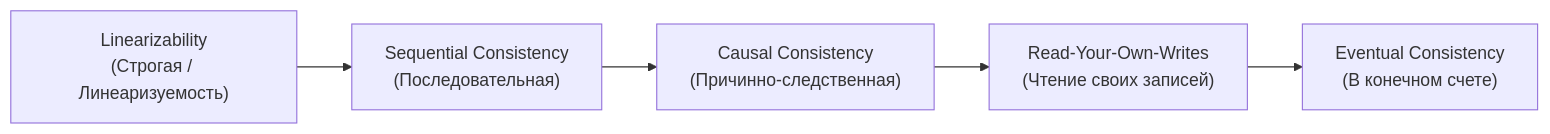
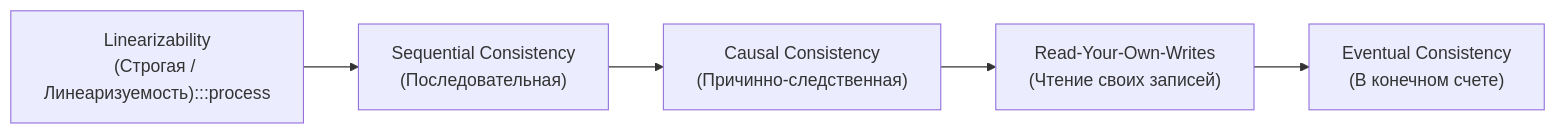
Before and after one commit to UnrealTemplier/go-textbook: the third of 3 diagrams in sources/14. Распределенные системы на Go/01. Основы/6. Consistency vs availability.md, drawn with Mermaid. The commit also changed other lines of this file and 1666 other files, not shown here.

First line of the commit message:
feat(mermaid): add semantic color classDef to 1369 colorless flowchart/graph diagrams

````diff
--- a/sources/14. Распределенные системы на Go/01. Основы/6. Consistency vs availability.md
+++ b/sources/14. Распределенные системы на Go/01. Основы/6. Consistency vs availability.md
@@ -168,7 +178,17 @@
 ```mermaid
 flowchart LR
-    L1["Linearizability<br>(Строгая / Линеаризуемость)"] --> L2["Sequential Consistency<br>(Последовательная)"]
+    classDef process  fill:#1e293b,stroke:#38bdf8,stroke-width:1px,color:#f8fafc
+    classDef success  fill:#064e3b,stroke:#34d399,stroke-width:1px,color:#f8fafc
+    classDef error    fill:#7f1d1d,stroke:#f87171,stroke-width:1px,color:#f8fafc
+    classDef warning  fill:#78350f,stroke:#fbbf24,stroke-width:1px,color:#f8fafc
+    classDef entry    fill:#1e3a5f,stroke:#38bdf8,stroke-width:2px,color:#f8fafc
+    classDef aux      fill:#334155,stroke:#64748b,stroke-width:1px,color:#f8fafc
+    classDef system   fill:#312e81,stroke:#a78bfa,stroke-width:1px,color:#f8fafc
+    classDef data     fill:#132d29,stroke:#2dd4bf,stroke-width:1px,color:#f8fafc
+    classDef network  fill:#881337,stroke:#fb7185,stroke-width:1px,color:#f8fafc
+    classDef accent   fill:#1e1b4b,stroke:#818cf8,stroke-width:1px,color:#f8fafc
+    L1["Linearizability<br>(Строгая / Линеаризуемость):::process"] --> L2["Sequential Consistency<br>(Последовательная)"]
     L2 --> L3["Causal Consistency<br>(Причинно-следственная)"]
     L3 --> L4["Read-Your-Own-Writes<br>(Чтение своих записей)"]
     L4 --> L5["Eventual Consistency<br>(В конечном счете)"]
 ```
````
